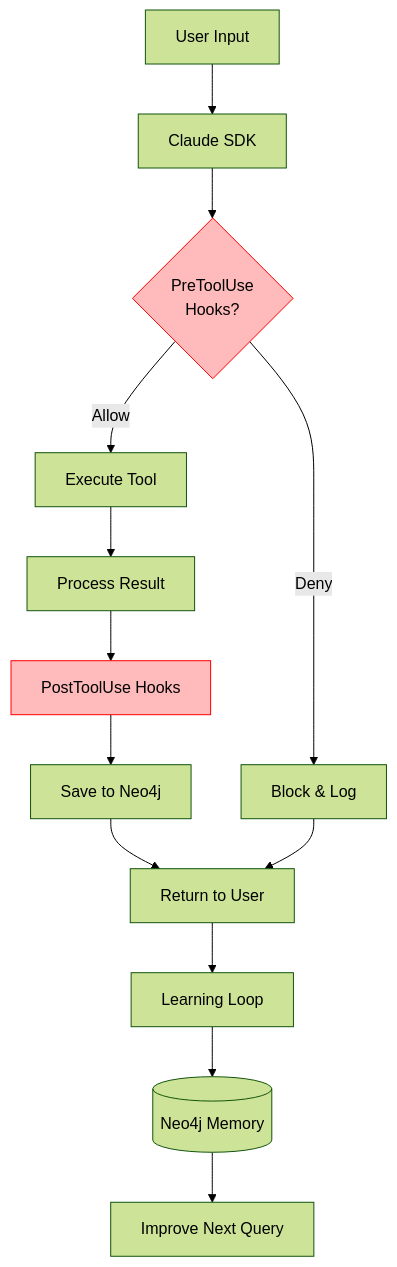
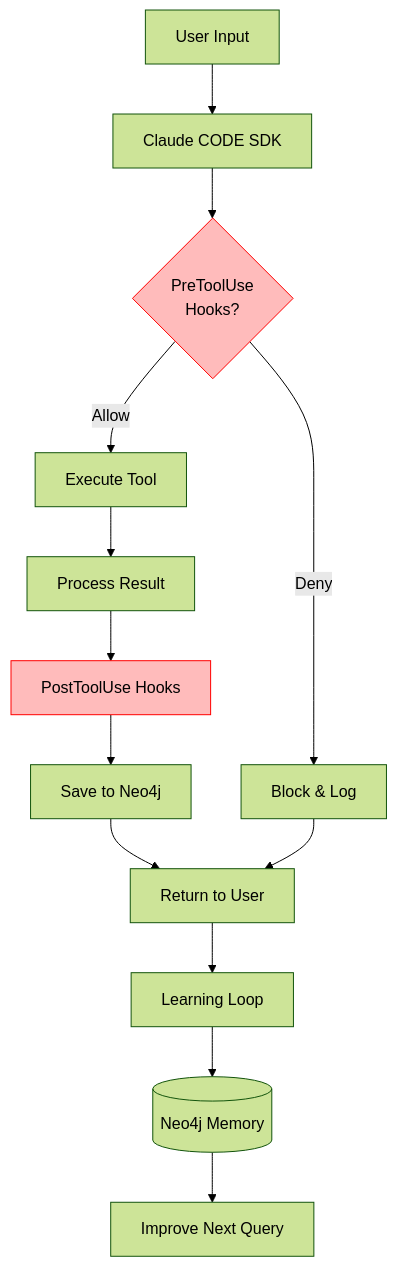
Before and after one commit to diegofornalha/anthropic-cookbook: the fourth of 5 diagrams in claude_code_sdk/chief_of_staff_agent/bootcamp-claude-sdk/recursos/diagramas/03_architecture.md, drawn with Mermaid (forest theme). The commit also changed 15 other files, not shown here.

Commit message:
Update documentation and references to reflect the rebranding from Claude SDK to Claude CODE SDK across multiple files. This includes adjustments in agent descriptions, project objectives, and tutorial content to ensure consistency and clarity in the bootcamp materials.

````diff
--- a/claude_code_sdk/chief_of_staff_agent/bootcamp-claude-sdk/recursos/diagramas/03_architecture.md
+++ b/claude_code_sdk/chief_of_staff_agent/bootcamp-claude-sdk/recursos/diagramas/03_architecture.md
@@ -181,22 +181,22 @@
 ```mermaid
 graph TD
-    Start[User Input] --> SDK[Claude SDK]
+    Start[User Input] --> SDK[Claude CODE SDK]
 
     SDK --> CheckHooks{PreToolUse<br/>Hooks?}
     CheckHooks -->|Allow| Tool[Execute Tool]
     CheckHooks -->|Deny| Block[Block & Log]
 
     Tool --> Process[Process Result]
     Process --> PostHook[PostToolUse Hooks]
     PostHook --> Save[Save to Neo4j]
 
     Save --> Response[Return to User]
     Block --> Response
 
     Response --> Learn[Learning Loop]
     Learn --> Neo4j[(Neo4j Memory)]
     Neo4j --> Improve[Improve Next Query]
 
     style CheckHooks fill:#fbb,stroke:#f00
     style PostHook fill:#fbb,stroke:#f00
 ```
````
